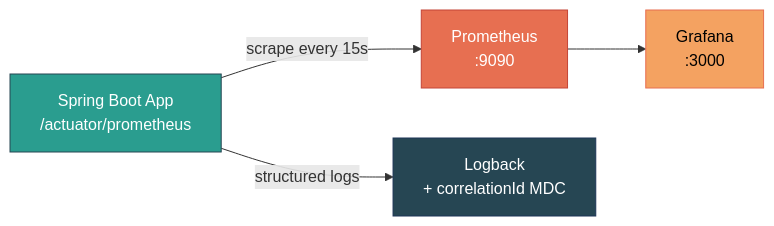
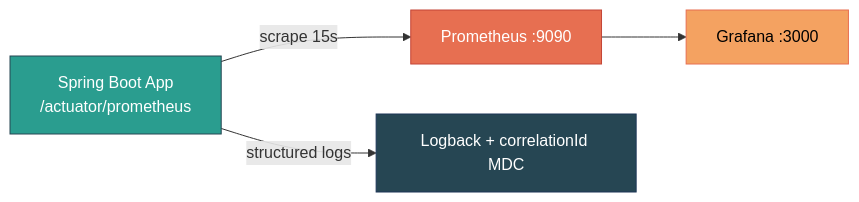
Before and after one commit to huuddd/Keyloop-OA: the seventh of 8 diagrams in README.md, drawn with Mermaid. The commit also changed other lines of this file, not shown here.

First line of the commit message:
fix: correct Mermaid syntax errors in README diagrams

````diff
--- a/README.md
+++ b/README.md
@@ -267,11 +267,11 @@
 ```mermaid
 graph LR
-    APP["Spring Boot App<br/>/actuator/prometheus"] -->|scrape every 15s| PROM["Prometheus<br/>:9090"]
-    PROM --> GRAF["Grafana<br/>:3000"]
-    APP -->|structured logs| LOG["Logback<br/>+ correlationId MDC"]
+    APP["Spring Boot App<br/>/actuator/prometheus"] -->|scrape 15s| PROM["Prometheus :9090"]
+    PROM --> GRAF["Grafana :3000"]
+    APP -->|structured logs| LOG["Logback + correlationId MDC"]
 
     style APP fill:#2a9d8f,stroke:#264653,color:#fff
     style PROM fill:#e76f51,stroke:#c44536,color:#fff
     style GRAF fill:#f4a261,stroke:#e76f51,color:#000
     style LOG fill:#264653,stroke:#1d3557,color:#fff
 ```
````
